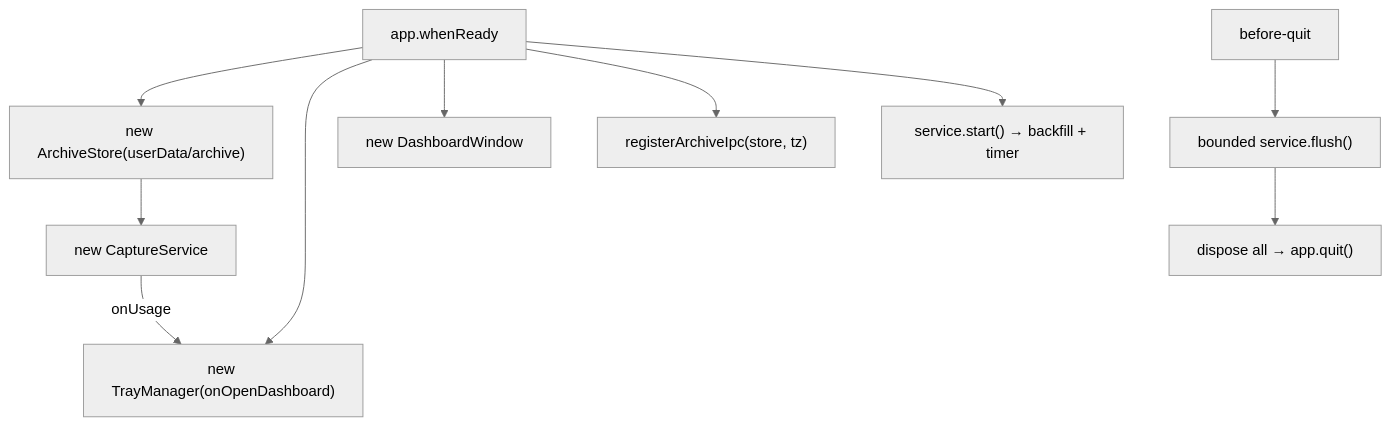
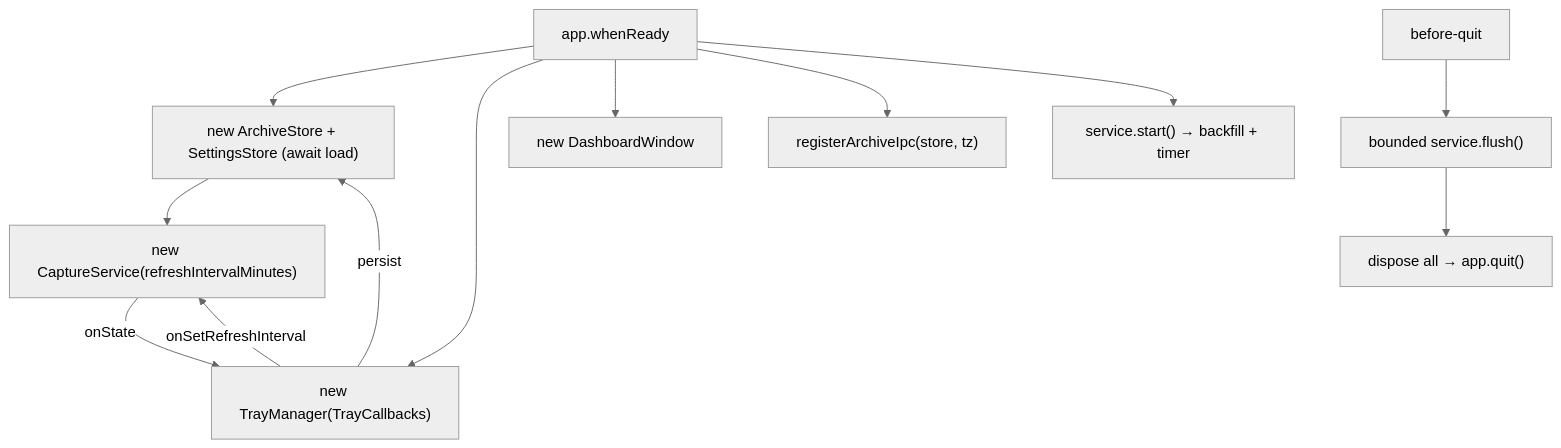
One commit to tangentlin/burnbar changed the diagram in docs/modules/main.md. Above: the diagram before and after it, drawn with Mermaid (neutral theme). The commit also changed other lines of this file and 36 other files, not shown here.

````diff
--- a/docs/modules/main.md
+++ b/docs/modules/main.md
@@ -30,11 +32,13 @@
 ```mermaid
 flowchart TD
-    ready["app.whenReady"] --> store["new ArchiveStore(userData/archive)"]
-    store --> svc["new CaptureService"]
-    ready --> tray["new TrayManager(onOpenDashboard)"]
+    ready["app.whenReady"] --> stores["new ArchiveStore + SettingsStore (await load)"]
+    stores --> svc["new CaptureService(refreshIntervalMinutes)"]
+    ready --> tray["new TrayManager(TrayCallbacks)"]
     ready --> win["new DashboardWindow"]
     ready --> ipc["registerArchiveIpc(store, tz)"]
-    svc -->|onUsage| tray
+    svc -->|onState| tray
+    tray -->|onSetRefreshInterval| svc
+    tray -->|persist| stores
     ready --> start["service.start() → backfill + timer"]
     quit["before-quit"] --> flush["bounded service.flush()"] --> teardown["dispose all → app.quit()"]
 ```
````
